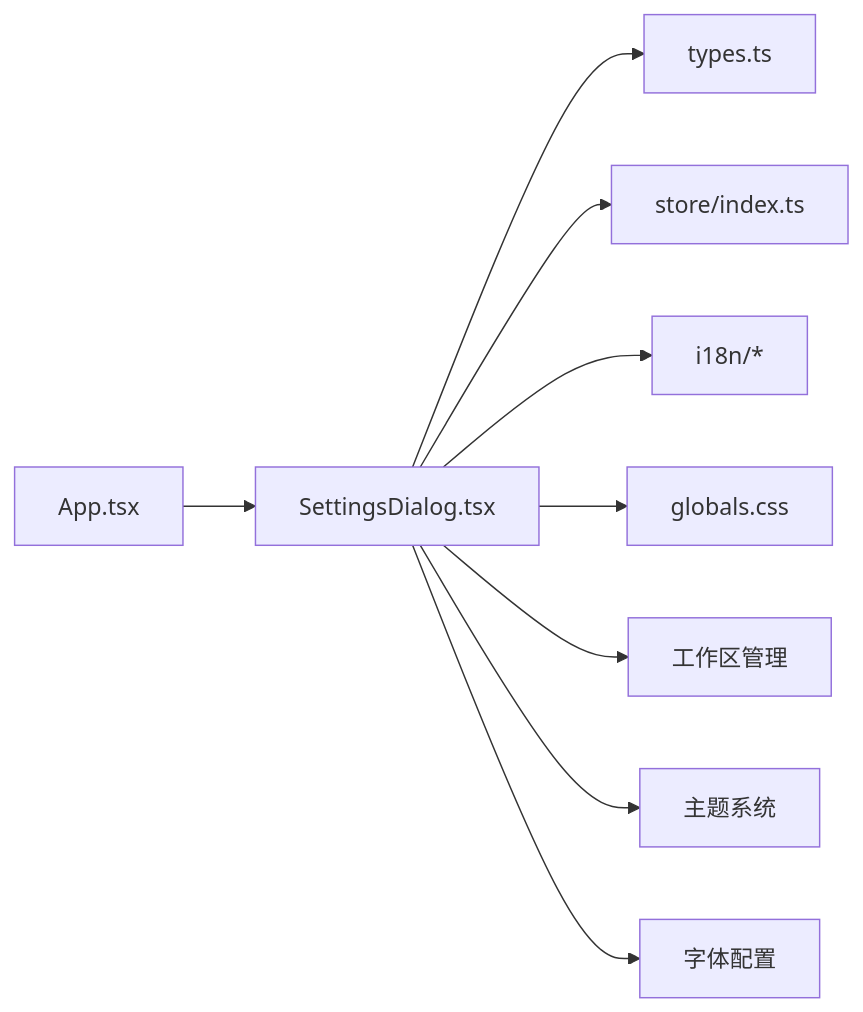
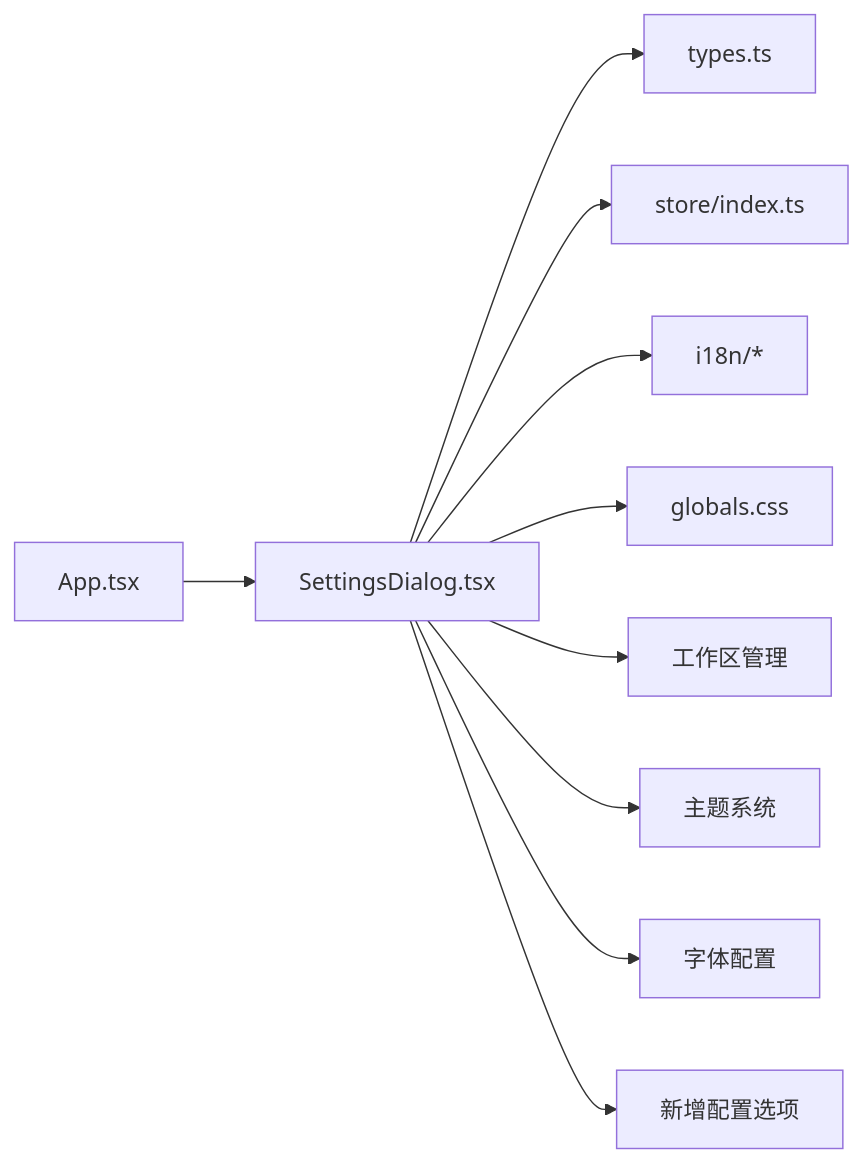
The fourth of 4 diagrams in .qoder/repowiki/zh/content/对话框系统.md (gongshiyun/ZenNote), drawn with Mermaid before and after one commit. The commit also changed other lines of this file and 21 other files, not shown here.

````diff
--- a/.qoder/repowiki/zh/content/对话框系统.md
+++ b/.qoder/repowiki/zh/content/对话框系统.md
@@ -309,11 +325,12 @@
 ```mermaid
 graph LR
 App["App.tsx"] --> SD["SettingsDialog.tsx"]
 SD --> Types["types.ts"]
 SD --> Store["store/index.ts"]
 SD --> I18N["i18n/*"]
 SD --> Styles["globals.css"]
 SD --> Workspace["工作区管理"]
 SD --> Theme["主题系统"]
 SD --> Font["字体配置"]
+SD --> NewConfig["新增配置选项"]
 ```
````
